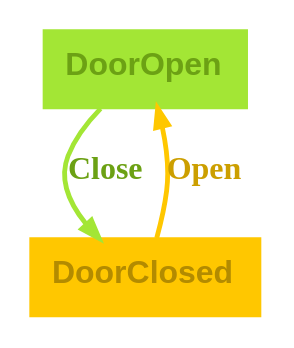
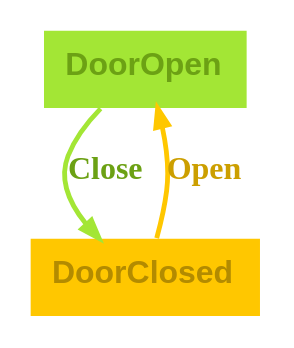
Before and after one commit to m-bock/purescript-transit: the diagram in renders/door_graph-light.dot, drawn with Graphviz. The commit also changed 33 other files, not shown here.

Commit message:
Update Graphviz rendering

```diff
--- a/renders/door_graph-light.dot
+++ b/renders/door_graph-light.dot
@@ -1,8 +1,8 @@
 digraph 
 {
 rankdir = "TD";fontname = "Arial";labelloc = "t";fontsize = 12.0;bgcolor = "#ffffff";color = "#000000";fontcolor = "#000000";layout = "dot";rankdir = "TD"
-DoorOpen [shape = "box", label = <<b>DoorOpen</b>>, fontsize = 12.0, style = "filled", fillcolor = "#a3e635", fontcolor = "#6ca114", color = "#a3e635", fontname = "Arial", labelloc = "c", penwidth = 1.0, height = 0.4]
+DoorOpen [shape = "box", label = <<b>DoorOpen</b>>, fontsize = 12.0, style = "filled", fillcolor = "#a3e635", fontcolor = "#6ca114", color = "#a3e635", fontname = "Arial", labelloc = "c", penwidth = 0.0, height = 0.4]
 DoorOpen -> DoorClosed [color = "#a3e635", fontcolor = "#6ca114", fontsize = 12.0, arrowsize = "0.7", label = <<b>Close</b>>, penwidth = 1.8]
-DoorClosed [shape = "box", label = <<b>DoorClosed</b>>, fontsize = 12.0, style = "filled", fillcolor = "#ffc700", fontcolor = "#b38b00", color = "#ffc700", fontname = "Arial", labelloc = "c", penwidth = 1.0, height = 0.4]
+DoorClosed [shape = "box", label = <<b>DoorClosed</b>>, fontsize = 12.0, style = "filled", fillcolor = "#ffc700", fontcolor = "#b38b00", color = "#ffc700", fontname = "Arial", labelloc = "c", penwidth = 0.0, height = 0.4]
 DoorClosed -> DoorOpen [color = "#ffc700", fontcolor = "#cc9f00", fontsize = 12.0, arrowsize = "0.7", label = <<b>Open</b>>, penwidth = 1.8]
 }
```
